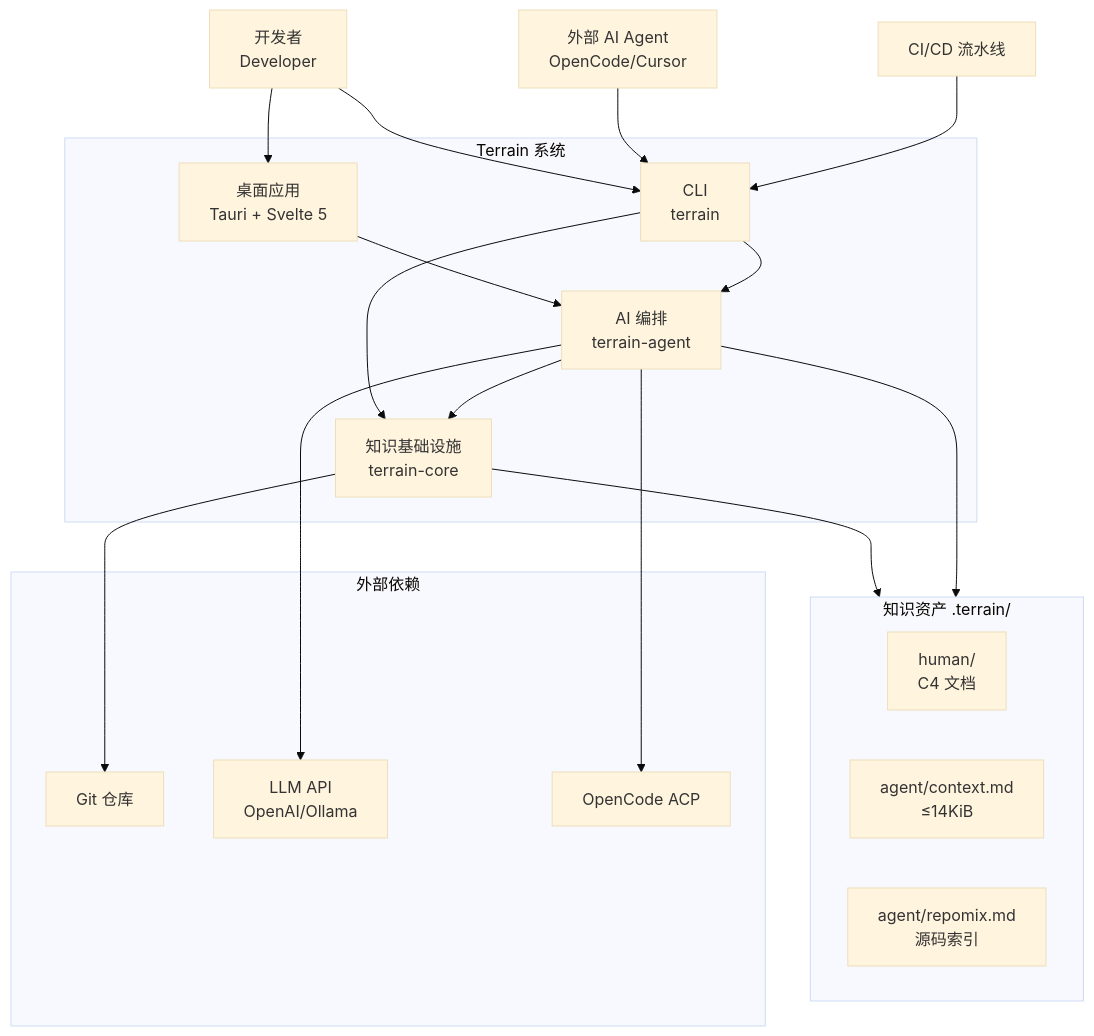
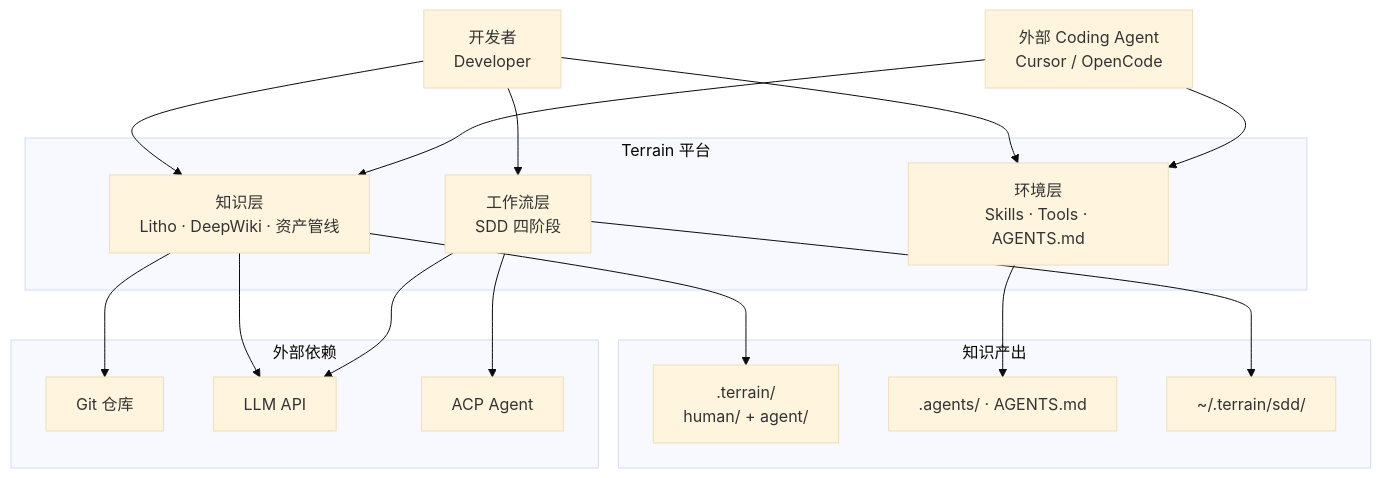
Before and after one commit to sopaco/terrain: the diagram in .terrain/human/1.概述.md, drawn with Mermaid (base theme). The commit also changed other lines of this file and 79 other files, not shown here.

````diff
--- a/.terrain/human/1.概述.md
+++ b/.terrain/human/1.概述.md
@@ -27,39 +25,36 @@
 ```mermaid
 graph TB
     Dev["开发者<br/>Developer"]
-    ExtAgent["外部 AI Agent<br/>OpenCode/Cursor"]
-    CI["CI/CD 流水线"]
-
-    subgraph TerrainSys["Terrain 系统"]
-        Desktop["桌面应用<br/>Tauri + Svelte 5"]
-        CLI["CLI<br/>terrain"]
-        AgentOrch["AI 编排<br/>terrain-agent"]
-        Core["知识基础设施<br/>terrain-core"]
+    ExtAgent["外部 Coding Agent<br/>Cursor / OpenCode"]
+    
+    subgraph TerrainApp["Terrain 平台"]
+        Knowledge["知识层<br/>Litho · DeepWiki · 资产管线"]
+        Environment["环境层<br/>Skills · Tools · AGENTS.md"]
+        Workflow["工作流层<br/>SDD 四阶段"]
     end
-
-    subgraph Knowledge["知识资产 .terrain/"]
-        Human["human/<br/>C4 文档"]
-        AgentCtx["agent/context.md<br/>≤14KiB"]
-        Repomix["agent/repomix.md<br/>源码索引"]
+    
+    subgraph Output["知识产出"]
+        DotTerrain[".terrain/<br/>human/ + agent/"]
+        EnvDot[".agents/ · AGENTS.md"]
+        SddDir["~/.terrain/sdd/"]
     end
-
+    
     subgraph External["外部依赖"]
         Git["Git 仓库"]
-        LLM["LLM API<br/>OpenAI/Ollama"]
-        ACP["OpenCode ACP"]
+        LLM["LLM API"]
+        ACP["ACP Agent"]
     end
-
-    Dev --> Desktop
-    Dev --> CLI
-    ExtAgent --> CLI
-    CI --> CLI
-    Desktop --> AgentOrch
-    CLI --> Core
-    CLI --> AgentOrch
-    AgentOrch --> Core
-    AgentOrch --> LLM
-    AgentOrch --> ACP
-    Core --> Git
-    Core --> Knowledge
-    AgentOrch --> Knowledge
+    
+    Dev --> Knowledge
+    Dev --> Environment
+    Dev --> Workflow
+    ExtAgent --> Knowledge
+    ExtAgent --> Environment
+    Knowledge --> DotTerrain
+    Environment --> EnvDot
+    Workflow --> SddDir
+    Knowledge --> Git
+    Knowledge --> LLM
+    Workflow --> ACP
+    Workflow --> LLM
 ```
````
